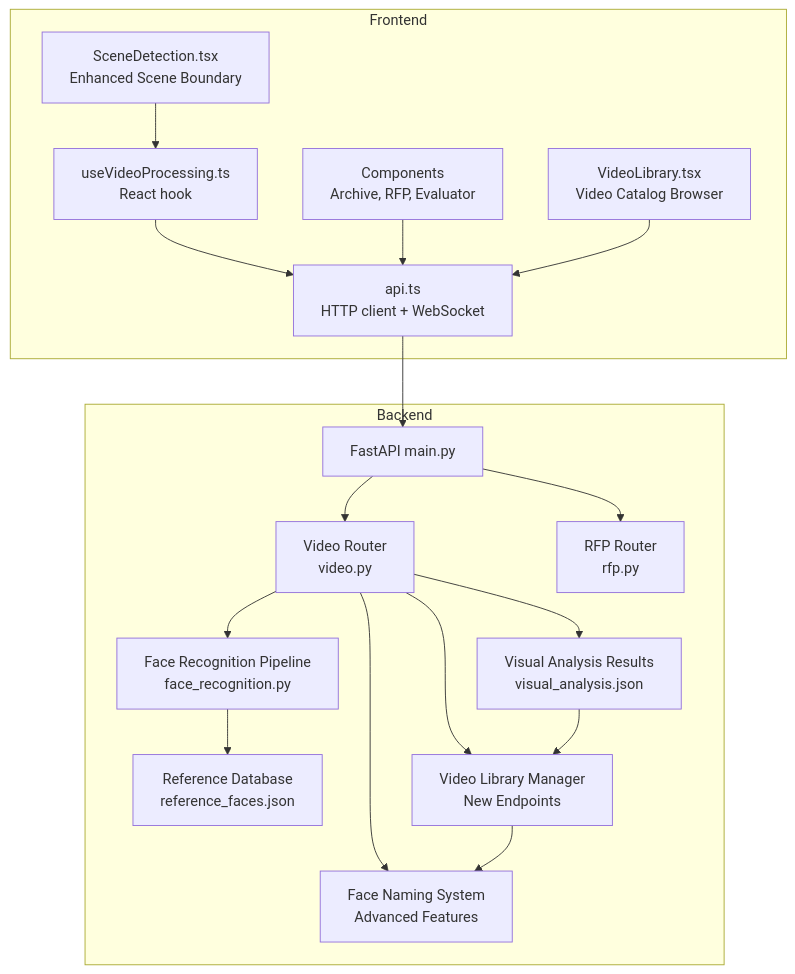
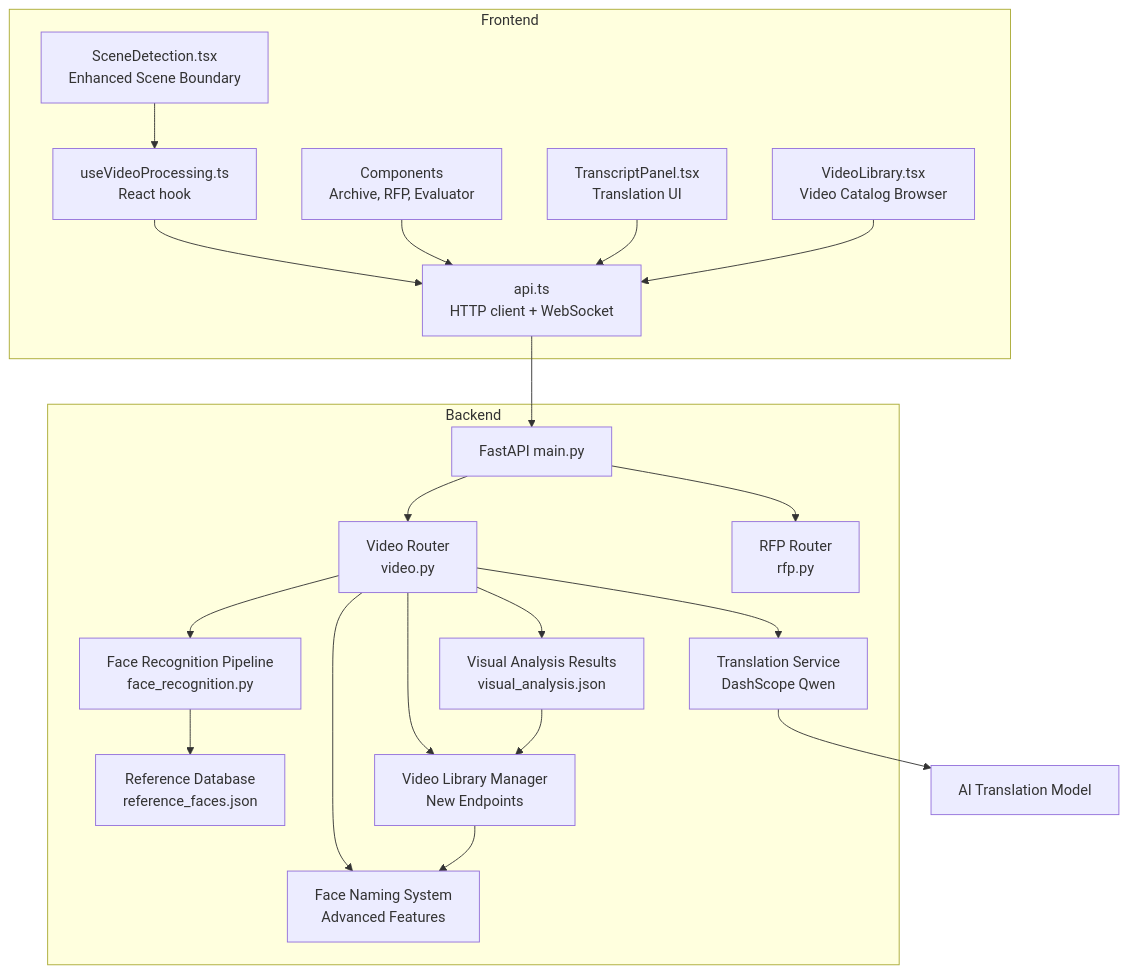
The first of 3 diagrams in .qoder/repowiki/en/content/Frontend Application/API Integration & State Management.md (alexandreybasta-cyber/dubai-media-ai), drawn with Mermaid before and after one commit. The commit also changed other lines of this file and 73 other files, not shown here.

````diff
--- a/.qoder/repowiki/en/content/Frontend Application/API Integration & State Management.md
+++ b/.qoder/repowiki/en/content/Frontend Application/API Integration & State Management.md
@@ -55,34 +60,39 @@
 ```mermaid
 graph TB
 subgraph "Frontend"
 A["api.ts<br/>HTTP client + WebSocket"]
 B["useVideoProcessing.ts<br/>React hook"]
 C["Components<br/>Archive, RFP, Evaluator"]
-D["SceneDetection.tsx<br/>Enhanced Scene Boundary"]
-E["VideoLibrary.tsx<br/>Video Catalog Browser"]
+D["TranscriptPanel.tsx<br/>Translation UI"]
+E["SceneDetection.tsx<br/>Enhanced Scene Boundary"]
+F["VideoLibrary.tsx<br/>Video Catalog Browser"]
 end
 subgraph "Backend"
-F["FastAPI main.py"]
-G["Video Router<br/>video.py"]
-H["RFP Router<br/>rfp.py"]
-I["Face Recognition Pipeline<br/>face_recognition.py"]
-J["Reference Database<br/>reference_faces.json"]
-K["Visual Analysis Results<br/>visual_analysis.json"]
-L["Video Library Manager<br/>New Endpoints"]
-M["Face Naming System<br/>Advanced Features"]
+G["FastAPI main.py"]
+H["Video Router<br/>video.py"]
+I["RFP Router<br/>rfp.py"]
+J["Face Recognition Pipeline<br/>face_recognition.py"]
+K["Reference Database<br/>reference_faces.json"]
+L["Visual Analysis Results<br/>visual_analysis.json"]
+M["Video Library Manager<br/>New Endpoints"]
+N["Face Naming System<br/>Advanced Features"]
+O["Translation Service<br/>DashScope Qwen"]
 end
-A --> F
+A --> G
 B --> A
 C --> A
-D --> B
-E --> A
-F --> G
-F --> H
+D --> A
+E --> B
+F --> A
+G --> H
 G --> I
-G --> K
-G --> L
-G --> M
-I --> J
-K --> L
+H --> J
+H --> L
+H --> M
+H --> N
+H --> O
+J --> K
 L --> M
+M --> N
+O --> P["AI Translation Model"]
 ```
````
